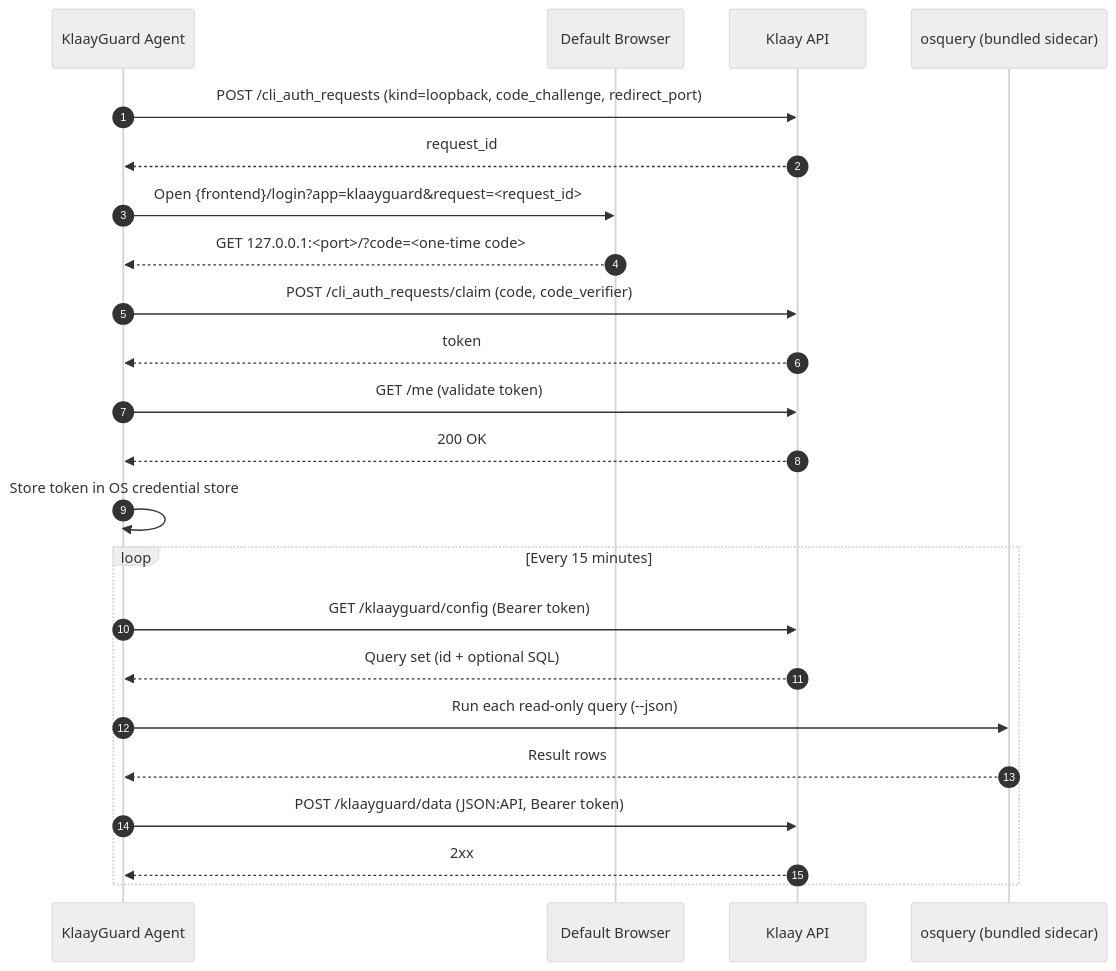
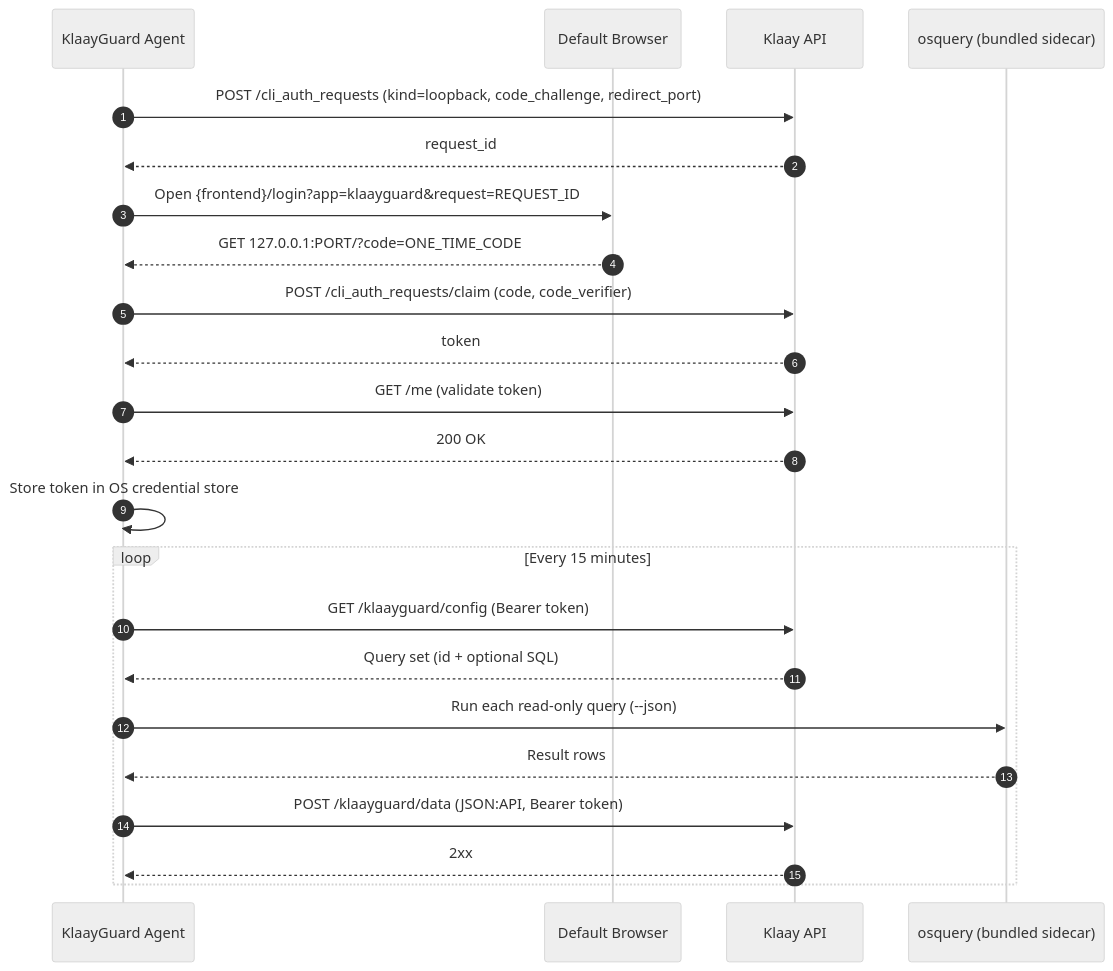
The diagram in README.md (klaayinc/klaayguard), drawn with Mermaid (neutral theme) before and after one commit. The commit also changed 3 other files, not shown here.

````diff
--- a/README.md
+++ b/README.md
@@ -21,29 +21,29 @@
 ```mermaid
 sequenceDiagram
     autonumber
     participant Agent as KlaayGuard Agent
     participant Browser as Default Browser
     participant API as Klaay API
     participant Osquery as osquery (bundled sidecar)
 
     %% Sign-in (first launch or after 401/403)
     Agent->>API: POST /cli_auth_requests (kind=loopback, code_challenge, redirect_port)
     API-->>Agent: request_id
-    Agent->>Browser: Open {frontend}/login?app=klaayguard&request=<request_id>
-    Browser-->>Agent: GET 127.0.0.1:<port>/?code=<one-time code>
+    Agent->>Browser: Open {frontend}/login?app=klaayguard&request=REQUEST_ID
+    Browser-->>Agent: GET 127.0.0.1:PORT/?code=ONE_TIME_CODE
     Agent->>API: POST /cli_auth_requests/claim (code, code_verifier)
     API-->>Agent: token
     Agent->>API: GET /me (validate token)
     API-->>Agent: 200 OK
     Agent->>Agent: Store token in OS credential store
 
     %% Collection loop
     loop Every 15 minutes
         Agent->>API: GET /klaayguard/config (Bearer token)
         API-->>Agent: Query set (id + optional SQL)
         Agent->>Osquery: Run each read-only query (--json)
         Osquery-->>Agent: Result rows
         Agent->>API: POST /klaayguard/data (JSON:API, Bearer token)
         API-->>Agent: 2xx
     end
 ```
````
